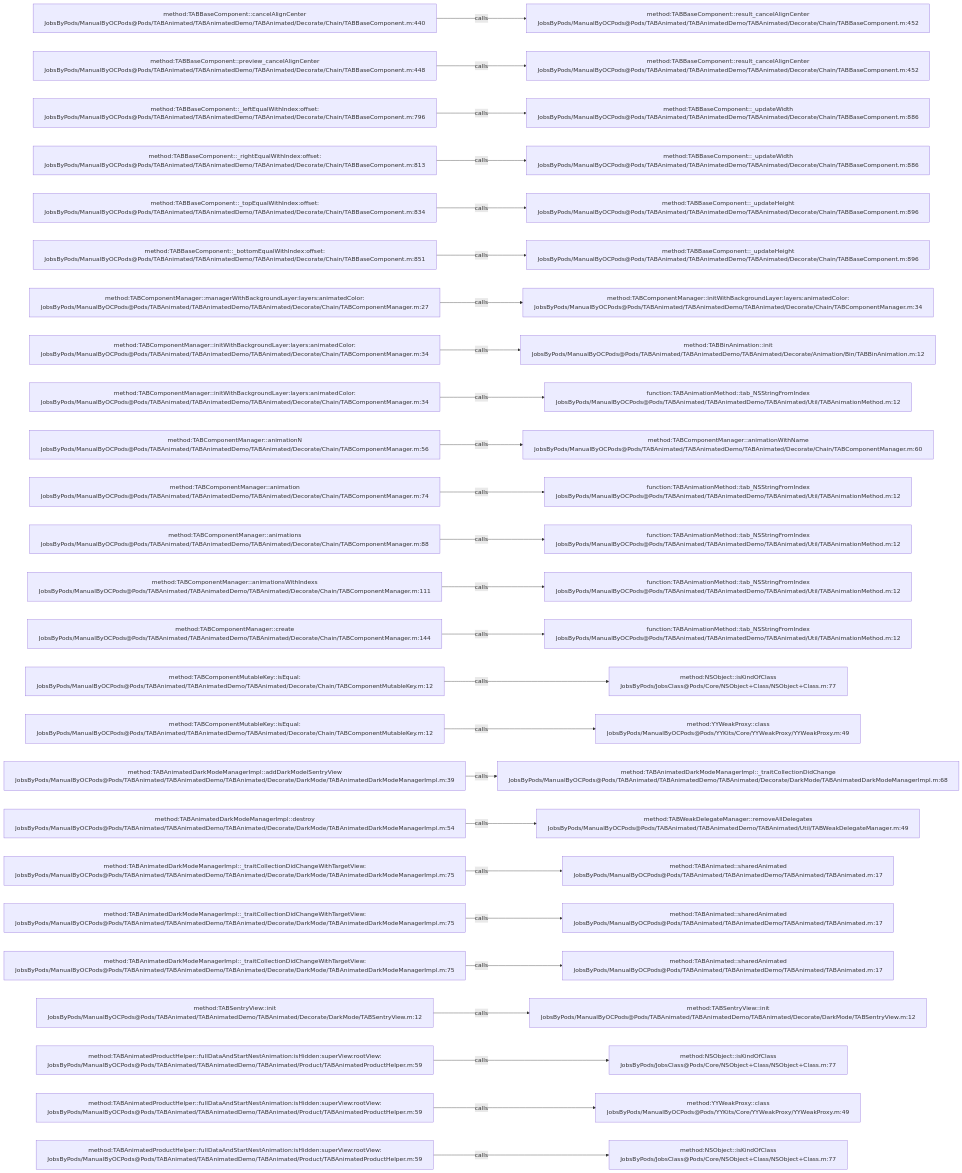
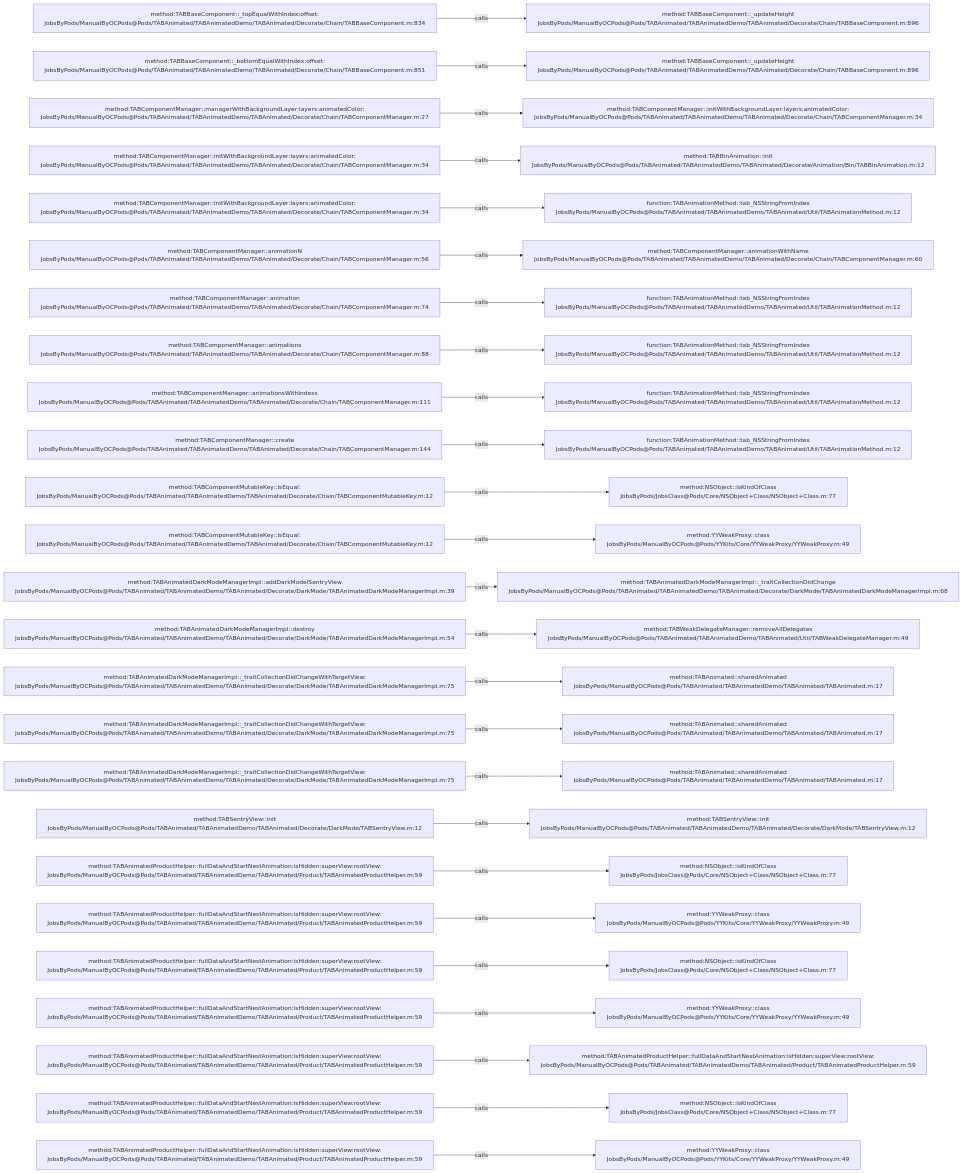
One commit to JobsKits/JobsOCBaseConfigDemo changed the diagram in .codegraph/codegraph.md/graphs/calls-030.md. Above: the diagram before and after it, drawn with Mermaid. The commit also changed 727 other files, not shown here.

````diff
--- a/.codegraph/codegraph.md/graphs/calls-030.md
+++ b/.codegraph/codegraph.md/graphs/calls-030.md
@@ -13,78 +13,78 @@
 ```mermaid
 flowchart LR
-  S1["method:TABBaseComponent::cancelAlignCenter<br/>JobsByPods/ManualByOCPods@Pods/TABAnimated/TABAnimatedDemo/TABAnimated/Decorate/Chain/TABBaseComponent.m:440"]
-  T1["method:TABBaseComponent::result_cancelAlignCenter<br/>JobsByPods/ManualByOCPods@Pods/TABAnimated/TABAnimatedDemo/TABAnimated/Decorate/Chain/TABBaseComponent.m:452"]
+  S1["method:TABBaseComponent::_topEqualWithIndex:offset:<br/>JobsByPods/ManualByOCPods@Pods/TABAnimated/TABAnimatedDemo/TABAnimated/Decorate/Chain/TABBaseComponent.m:834"]
+  T1["method:TABBaseComponent::_updateHeight<br/>JobsByPods/ManualByOCPods@Pods/TABAnimated/TABAnimatedDemo/TABAnimated/Decorate/Chain/TABBaseComponent.m:896"]
   S1 -->|calls| T1
-  S2["method:TABBaseComponent::preview_cancelAlignCenter<br/>JobsByPods/ManualByOCPods@Pods/TABAnimated/TABAnimatedDemo/TABAnimated/Decorate/Chain/TABBaseComponent.m:448"]
-  T2["method:TABBaseComponent::result_cancelAlignCenter<br/>JobsByPods/ManualByOCPods@Pods/TABAnimated/TABAnimatedDemo/TABAnimated/Decorate/Chain/TABBaseComponent.m:452"]
+  S2["method:TABBaseComponent::_bottomEqualWithIndex:offset:<br/>JobsByPods/ManualByOCPods@Pods/TABAnimated/TABAnimatedDemo/TABAnimated/Decorate/Chain/TABBaseComponent.m:851"]
+  T2["method:TABBaseComponent::_updateHeight<br/>JobsByPods/ManualByOCPods@Pods/TABAnimated/TABAnimatedDemo/TABAnimated/Decorate/Chain/TABBaseComponent.m:896"]
   S2 -->|calls| T2
-  S3["method:TABBaseComponent::_leftEqualWithIndex:offset:<br/>JobsByPods/ManualByOCPods@Pods/TABAnimated/TABAnimatedDemo/TABAnimated/Decorate/Chain/TABBaseComponent.m:796"]
-  T3["method:TABBaseComponent::_updateWidth<br/>JobsByPods/ManualByOCPods@Pods/TABAnimated/TABAnimatedDemo/TABAnimated/Decorate/Chain/TABBaseComponent.m:886"]
+  S3["method:TABComponentManager::managerWithBackgroundLayer:layers:animatedColor:<br/>JobsByPods/ManualByOCPods@Pods/TABAnimated/TABAnimatedDemo/TABAnimated/Decorate/Chain/TABComponentManager.m:27"]
+  T3["method:TABComponentManager::initWithBackgroundLayer:layers:animatedColor:<br/>JobsByPods/ManualByOCPods@Pods/TABAnimated/TABAnimatedDemo/TABAnimated/Decorate/Chain/TABComponentManager.m:34"]
   S3 -->|calls| T3
-  S4["method:TABBaseComponent::_rightEqualWithIndex:offset:<br/>JobsByPods/ManualByOCPods@Pods/TABAnimated/TABAnimatedDemo/TABAnimated/Decorate/Chain/TABBaseComponent.m:813"]
-  T4["method:TABBaseComponent::_updateWidth<br/>JobsByPods/ManualByOCPods@Pods/TABAnimated/TABAnimatedDemo/TABAnimated/Decorate/Chain/TABBaseComponent.m:886"]
+  S4["method:TABComponentManager::initWithBackgroundLayer:layers:animatedColor:<br/>JobsByPods/ManualByOCPods@Pods/TABAnimated/TABAnimatedDemo/TABAnimated/Decorate/Chain/TABComponentManager.m:34"]
+  T4["method:TABBinAnimation::init<br/>JobsByPods/ManualByOCPods@Pods/TABAnimated/TABAnimatedDemo/TABAnimated/Decorate/Animation/Bin/TABBinAnimation.m:12"]
   S4 -->|calls| T4
-  S5["method:TABBaseComponent::_topEqualWithIndex:offset:<br/>JobsByPods/ManualByOCPods@Pods/TABAnimated/TABAnimatedDemo/TABAnimated/Decorate/Chain/TABBaseComponent.m:834"]
-  T5["method:TABBaseComponent::_updateHeight<br/>JobsByPods/ManualByOCPods@Pods/TABAnimated/TABAnimatedDemo/TABAnimated/Decorate/Chain/TABBaseComponent.m:896"]
+  S5["method:TABComponentManager::initWithBackgroundLayer:layers:animatedColor:<br/>JobsByPods/ManualByOCPods@Pods/TABAnimated/TABAnimatedDemo/TABAnimated/Decorate/Chain/TABComponentManager.m:34"]
+  T5["function:TABAnimationMethod::tab_NSStringFromIndex<br/>JobsByPods/ManualByOCPods@Pods/TABAnimated/TABAnimatedDemo/TABAnimated/Util/TABAnimationMethod.m:12"]
   S5 -->|calls| T5
-  S6["method:TABBaseComponent::_bottomEqualWithIndex:offset:<br/>JobsByPods/ManualByOCPods@Pods/TABAnimated/TABAnimatedDemo/TABAnimated/Decorate/Chain/TABBaseComponent.m:851"]
-  T6["method:TABBaseComponent::_updateHeight<br/>JobsByPods/ManualByOCPods@Pods/TABAnimated/TABAnimatedDemo/TABAnimated/Decorate/Chain/TABBaseComponent.m:896"]
+  S6["method:TABComponentManager::animationN<br/>JobsByPods/ManualByOCPods@Pods/TABAnimated/TABAnimatedDemo/TABAnimated/Decorate/Chain/TABComponentManager.m:56"]
+  T6["method:TABComponentManager::animationWithName<br/>JobsByPods/ManualByOCPods@Pods/TABAnimated/TABAnimatedDemo/TABAnimated/Decorate/Chain/TABComponentManager.m:60"]
   S6 -->|calls| T6
-  S7["method:TABComponentManager::managerWithBackgroundLayer:layers:animatedColor:<br/>JobsByPods/ManualByOCPods@Pods/TABAnimated/TABAnimatedDemo/TABAnimated/Decorate/Chain/TABComponentManager.m:27"]
-  T7["method:TABComponentManager::initWithBackgroundLayer:layers:animatedColor:<br/>JobsByPods/ManualByOCPods@Pods/TABAnimated/TABAnimatedDemo/TABAnimated/Decorate/Chain/TABComponentManager.m:34"]
+  S7["method:TABComponentManager::animation<br/>JobsByPods/ManualByOCPods@Pods/TABAnimated/TABAnimatedDemo/TABAnimated/Decorate/Chain/TABComponentManager.m:74"]
+  T7["function:TABAnimationMethod::tab_NSStringFromIndex<br/>JobsByPods/ManualByOCPods@Pods/TABAnimated/TABAnimatedDemo/TABAnimated/Util/TABAnimationMethod.m:12"]
   S7 -->|calls| T7
-  S8["method:TABComponentManager::initWithBackgroundLayer:layers:animatedColor:<br/>JobsByPods/ManualByOCPods@Pods/TABAnimated/TABAnimatedDemo/TABAnimated/Decorate/Chain/TABComponentManager.m:34"]
-  T8["method:TABBinAnimation::init<br/>JobsByPods/ManualByOCPods@Pods/TABAnimated/TABAnimatedDemo/TABAnimated/Decorate/Animation/Bin/TABBinAnimation.m:12"]
+  S8["method:TABComponentManager::animations<br/>JobsByPods/ManualByOCPods@Pods/TABAnimated/TABAnimatedDemo/TABAnimated/Decorate/Chain/TABComponentManager.m:88"]
+  T8["function:TABAnimationMethod::tab_NSStringFromIndex<br/>JobsByPods/ManualByOCPods@Pods/TABAnimated/TABAnimatedDemo/TABAnimated/Util/TABAnimationMethod.m:12"]
   S8 -->|calls| T8
-  S9["method:TABComponentManager::initWithBackgroundLayer:layers:animatedColor:<br/>JobsByPods/ManualByOCPods@Pods/TABAnimated/TABAnimatedDemo/TABAnimated/Decorate/Chain/TABComponentManager.m:34"]
+  S9["method:TABComponentManager::animationsWithIndexs<br/>JobsByPods/ManualByOCPods@Pods/TABAnimated/TABAnimatedDemo/TABAnimated/Decorate/Chain/TABComponentManager.m:111"]
   T9["function:TABAnimationMethod::tab_NSStringFromIndex<br/>JobsByPods/ManualByOCPods@Pods/TABAnimated/TABAnimatedDemo/TABAnimated/Util/TABAnimationMethod.m:12"]
   S9 -->|calls| T9
-  S10["method:TABComponentManager::animationN<br/>JobsByPods/ManualByOCPods@Pods/TABAnimated/TABAnimatedDemo/TABAnimated/Decorate/Chain/TABComponentManager.m:56"]
-  T10["method:TABComponentManager::animationWithName<br/>JobsByPods/ManualByOCPods@Pods/TABAnimated/TABAnimatedDemo/TABAnimated/Decorate/Chain/TABComponentManager.m:60"]
+  S10["method:TABComponentManager::create<br/>JobsByPods/ManualByOCPods@Pods/TABAnimated/TABAnimatedDemo/TABAnimated/Decorate/Chain/TABComponentManager.m:144"]
+  T10["function:TABAnimationMethod::tab_NSStringFromIndex<br/>JobsByPods/ManualByOCPods@Pods/TABAnimated/TABAnimatedDemo/TABAnimated/Util/TABAnimationMethod.m:12"]
   S10 -->|calls| T10
-  S11["method:TABComponentManager::animation<br/>JobsByPods/ManualByOCPods@Pods/TABAnimated/TABAnimatedDemo/TABAnimated/Decorate/Chain/TABComponentManager.m:74"]
-  T11["function:TABAnimationMethod::tab_NSStringFromIndex<br/>JobsByPods/ManualByOCPods@Pods/TABAnimated/TABAnimatedDemo/TABAnimated/Util/TABAnimationMethod.m:12"]
+  S11["method:TABComponentMutableKey::isEqual:<br/>JobsByPods/ManualByOCPods@Pods/TABAnimated/TABAnimatedDemo/TABAnimated/Decorate/Chain/TABComponentMutableKey.m:12"]
+  T11["method:NSObject::isKindOfClass<br/>JobsByPods/JobsClass@Pods/Core/NSObject+Class/NSObject+Class.m:77"]
   S11 -->|calls| T11
-  S12["method:TABComponentManager::animations<br/>JobsByPods/ManualByOCPods@Pods/TABAnimated/TABAnimatedDemo/TABAnimated/Decorate/Chain/TABComponentManager.m:88"]
-  T12["function:TABAnimationMethod::tab_NSStringFromIndex<br/>JobsByPods/ManualByOCPods@Pods/TABAnimated/TABAnimatedDemo/TABAnimated/Util/TABAnimationMethod.m:12"]
+  S12["method:TABComponentMutableKey::isEqual:<br/>JobsByPods/ManualByOCPods@Pods/TABAnimated/TABAnimatedDemo/TABAnimated/Decorate/Chain/TABComponentMutableKey.m:12"]
+  T12["method:YYWeakProxy::class<br/>JobsByPods/ManualByOCPods@Pods/YYKits/Core/YYWeakProxy/YYWeakProxy.m:49"]
   S12 -->|calls| T12
-  S13["method:TABComponentManager::animationsWithIndexs<br/>JobsByPods/ManualByOCPods@Pods/TABAnimated/TABAnimatedDemo/TABAnimated/Decorate/Chain/TABComponentManager.m:111"]
-  T13["function:TABAnimationMethod::tab_NSStringFromIndex<br/>JobsByPods/ManualByOCPods@Pods/TABAnimated/TABAnimatedDemo/TABAnimated/Util/TABAnimationMethod.m:12"]
+  S13["method:TABAnimatedDarkModeManagerImpl::addDarkModelSentryView<br/>JobsByPods/ManualByOCPods@Pods/TABAnimated/TABAnimatedDemo/TABAnimated/Decorate/DarkMode/TABAnimatedDarkModeManagerImpl.m:39"]
+  T13["method:TABAnimatedDarkModeManagerImpl::_traitCollectionDidChange<br/>JobsByPods/ManualByOCPods@Pods/TABAnimated/TABAnimatedDemo/TABAnimated/Decorate/DarkMode/TABAnimatedDarkModeManagerImpl.m:68"]
   S13 -->|calls| T13
-  S14["method:TABComponentManager::create<br/>JobsByPods/ManualByOCPods@Pods/TABAnimated/TABAnimatedDemo/TABAnimated/Decorate/Chain/TABComponentManager.m:144"]
-  T14["function:TABAnimationMethod::tab_NSStringFromIndex<br/>JobsByPods/ManualByOCPods@Pods/TABAnimated/TABAnimatedDemo/TABAnimated/Util/TABAnimationMethod.m:12"]
+  S14["method:TABAnimatedDarkModeManagerImpl::destroy<br/>JobsByPods/ManualByOCPods@Pods/TABAnimated/TABAnimatedDemo/TABAnimated/Decorate/DarkMode/TABAnimatedDarkModeManagerImpl.m:54"]
+  T14["method:TABWeakDelegateManager::removeAllDelegates<br/>JobsByPods/ManualByOCPods@Pods/TABAnimated/TABAnimatedDemo/TABAnimated/Util/TABWeakDelegateManager.m:49"]
   S14 -->|calls| T14
-  S15["method:TABComponentMutableKey::isEqual:<br/>JobsByPods/ManualByOCPods@Pods/TABAnimated/TABAnimatedDemo/TABAnimated/Decorate/Chain/TABComponentMutableKey.m:12"]
-  T15["method:NSObject::isKindOfClass<br/>JobsByPods/JobsClass@Pods/Core/NSObject+Class/NSObject+Class.m:77"]
+  S15["method:TABAnimatedDarkModeManagerImpl::_traitCollectionDidChangeWithTargetView:<br/>JobsByPods/ManualByOCPods@Pods/TABAnimated/TABAnimatedDemo/TABAnimated/Decorate/DarkMode/TABAnimatedDarkModeManagerImpl.m:75"]
+  T15["method:TABAnimated::sharedAnimated<br/>JobsByPods/ManualByOCPods@Pods/TABAnimated/TABAnimatedDemo/TABAnimated/TABAnimated.m:17"]
   S15 -->|calls| T15
-  S16["method:TABComponentMutableKey::isEqual:<br/>JobsByPods/ManualByOCPods@Pods/TABAnimated/TABAnimatedDemo/TABAnimated/Decorate/Chain/TABComponentMutableKey.m:12"]
-  T16["method:YYWeakProxy::class<br/>JobsByPods/ManualByOCPods@Pods/YYKits/Core/YYWeakProxy/YYWeakProxy.m:49"]
+  S16["method:TABAnimatedDarkModeManagerImpl::_traitCollectionDidChangeWithTargetView:<br/>JobsByPods/ManualByOCPods@Pods/TABAnimated/TABAnimatedDemo/TABAnimated/Decorate/DarkMode/TABAnimatedDarkModeManagerImpl.m:75"]
+  T16["method:TABAnimated::sharedAnimated<br/>JobsByPods/ManualByOCPods@Pods/TABAnimated/TABAnimatedDemo/TABAnimated/TABAnimated.m:17"]
   S16 -->|calls| T16
-  S17["method:TABAnimatedDarkModeManagerImpl::addDarkModelSentryView<br/>JobsByPods/ManualByOCPods@Pods/TABAnimated/TABAnimatedDemo/TABAnimated/Decorate/DarkMode/TABAnimatedDarkModeManagerImpl.m:39"]
-  T17["method:TABAnimatedDarkModeManagerImpl::_traitCollectionDidChange<br/>JobsByPods/ManualByOCPods@Pods/TABAnimated/TABAnimatedDemo/TABAnimated/Decorate/DarkMode/TABAnimatedDarkModeManagerImpl.m:68"]
+  S17["method:TABAnimatedDarkModeManagerImpl::_traitCollectionDidChangeWithTargetView:<br/>JobsByPods/ManualByOCPods@Pods/TABAnimated/TABAnimatedDemo/TABAnimated/Decorate/DarkMode/TABAnimatedDarkModeManagerImpl.m:75"]
+  T17["method:TABAnimated::sharedAnimated<br/>JobsByPods/ManualByOCPods@Pods/TABAnimated/TABAnimatedDemo/TABAnimated/TABAnimated.m:17"]
   S17 -->|calls| T17
-  S18["method:TABAnimatedDarkModeManagerImpl::destroy<br/>JobsByPods/ManualByOCPods@Pods/TABAnimated/TABAnimatedDemo/TABAnimated/Decorate/DarkMode/TABAnimatedDarkModeManagerImpl.m:54"]
-  T18["method:TABWeakDelegateManager::removeAllDelegates<br/>JobsByPods/ManualByOCPods@Pods/TABAnimated/TABAnimatedDemo/TABAnimated/Util/TABWeakDelegateManager.m:49"]
+  S18["method:TABSentryView::init<br/>JobsByPods/ManualByOCPods@Pods/TABAnimated/TABAnimatedDemo/TABAnimated/Decorate/DarkMode/TABSentryView.m:12"]
+  T18["method:TABSentryView::init<br/>JobsByPods/ManualByOCPods@Pods/TABAnimated/TABAnimatedDemo/TABAnimated/Decorate/DarkMode/TABSentryView.m:12"]
   S18 -->|calls| T18
-  S19["method:TABAnimatedDarkModeManagerImpl::_traitCollectionDidChangeWithTargetView:<br/>JobsByPods/ManualByOCPods@Pods/TABAnimated/TABAnimatedDemo/TABAnimated/Decorate/DarkMode/TABAnimatedDarkModeManagerImpl.m:75"]
-  T19["method:TABAnimated::sharedAnimated<br/>JobsByPods/ManualByOCPods@Pods/TABAnimated/TABAnimatedDemo/TABAnimated/TABAnimated.m:17"]
+  S19["method:TABAnimatedProductHelper::fullDataAndStartNestAnimation:isHidden:superView:rootView:<br/>JobsByPods/ManualByOCPods@Pods/TABAnimated/TABAnimatedDemo/TABAnimated/Product/TABAnimatedProductHelper.m:59"]
+  T19["method:NSObject::isKindOfClass<br/>JobsByPods/JobsClass@Pods/Core/NSObject+Class/NSObject+Class.m:77"]
   S19 -->|calls| T19
-  S20["method:TABAnimatedDarkModeManagerImpl::_traitCollectionDidChangeWithTargetView:<br/>JobsByPods/ManualByOCPods@Pods/TABAnimated/TABAnimatedDemo/TABAnimated/Decorate/DarkMode/TABAnimatedDarkModeManagerImpl.m:75"]
-  T20["method:TABAnimated::sharedAnimated<br/>JobsByPods/ManualByOCPods@Pods/TABAnimated/TABAnimatedDemo/TABAnimated/TABAnimated.m:17"]
+  S20["method:TABAnimatedProductHelper::fullDataAndStartNestAnimation:isHidden:superView:rootView:<br/>JobsByPods/ManualByOCPods@Pods/TABAnimated/TABAnimatedDemo/TABAnimated/Product/TABAnimatedProductHelper.m:59"]
+  T20["method:YYWeakProxy::class<br/>JobsByPods/ManualByOCPods@Pods/YYKits/Core/YYWeakProxy/YYWeakProxy.m:49"]
   S20 -->|calls| T20
-  S21["method:TABAnimatedDarkModeManagerImpl::_traitCollectionDidChangeWithTargetView:<br/>JobsByPods/ManualByOCPods@Pods/TABAnimated/TABAnimatedDemo/TABAnimated/Decorate/DarkMode/TABAnimatedDarkModeManagerImpl.m:75"]
-  T21["method:TABAnimated::sharedAnimated<br/>JobsByPods/ManualByOCPods@Pods/TABAnimated/TABAnimatedDemo/TABAnimated/TABAnimated.m:17"]
+  S21["method:TABAnimatedProductHelper::fullDataAndStartNestAnimation:isHidden:superView:rootView:<br/>JobsByPods/ManualByOCPods@Pods/TABAnimated/TABAnimatedDemo/TABAnimated/Product/TABAnimatedProductHelper.m:59"]
+  T21["method:NSObject::isKindOfClass<br/>JobsByPods/JobsClass@Pods/Core/NSObject+Class/NSObject+Class.m:77"]
   S21 -->|calls| T21
-  S22["method:TABSentryView::init<br/>JobsByPods/ManualByOCPods@Pods/TABAnimated/TABAnimatedDemo/TABAnimated/Decorate/DarkMode/TABSentryView.m:12"]
-  T22["method:TABSentryView::init<br/>JobsByPods/ManualByOCPods@Pods/TABAnimated/TABAnimatedDemo/TABAnimated/Decorate/DarkMode/TABSentryView.m:12"]
+  S22["method:TABAnimatedProductHelper::fullDataAndStartNestAnimation:isHidden:superView:rootView:<br/>JobsByPods/ManualByOCPods@Pods/TABAnimated/TABAnimatedDemo/TABAnimated/Product/TABAnimatedProductHelper.m:59"]
+  T22["method:YYWeakProxy::class<br/>JobsByPods/ManualByOCPods@Pods/YYKits/Core/YYWeakProxy/YYWeakProxy.m:49"]
   S22 -->|calls| T22
   S23["method:TABAnimatedProductHelper::fullDataAndStartNestAnimation:isHidden:superView:rootView:<br/>JobsByPods/ManualByOCPods@Pods/TABAnimated/TABAnimatedDemo/TABAnimated/Product/TABAnimatedProductHelper.m:59"]
-  T23["method:NSObject::isKindOfClass<br/>JobsByPods/JobsClass@Pods/Core/NSObject+Class/NSObject+Class.m:77"]
+  T23["method:TABAnimatedProductHelper::fullDataAndStartNestAnimation:isHidden:superView:rootView:<br/>JobsByPods/ManualByOCPods@Pods/TABAnimated/TABAnimatedDemo/TABAnimated/Product/TABAnimatedProductHelper.m:59"]
   S23 -->|calls| T23
   S24["method:TABAnimatedProductHelper::fullDataAndStartNestAnimation:isHidden:superView:rootView:<br/>JobsByPods/ManualByOCPods@Pods/TABAnimated/TABAnimatedDemo/TABAnimated/Product/TABAnimatedProductHelper.m:59"]
-  T24["method:YYWeakProxy::class<br/>JobsByPods/ManualByOCPods@Pods/YYKits/Core/YYWeakProxy/YYWeakProxy.m:49"]
+  T24["method:NSObject::isKindOfClass<br/>JobsByPods/JobsClass@Pods/Core/NSObject+Class/NSObject+Class.m:77"]
   S24 -->|calls| T24
   S25["method:TABAnimatedProductHelper::fullDataAndStartNestAnimation:isHidden:superView:rootView:<br/>JobsByPods/ManualByOCPods@Pods/TABAnimated/TABAnimatedDemo/TABAnimated/Product/TABAnimatedProductHelper.m:59"]
-  T25["method:NSObject::isKindOfClass<br/>JobsByPods/JobsClass@Pods/Core/NSObject+Class/NSObject+Class.m:77"]
+  T25["method:YYWeakProxy::class<br/>JobsByPods/ManualByOCPods@Pods/YYKits/Core/YYWeakProxy/YYWeakProxy.m:49"]
   S25 -->|calls| T25
 ```
````
